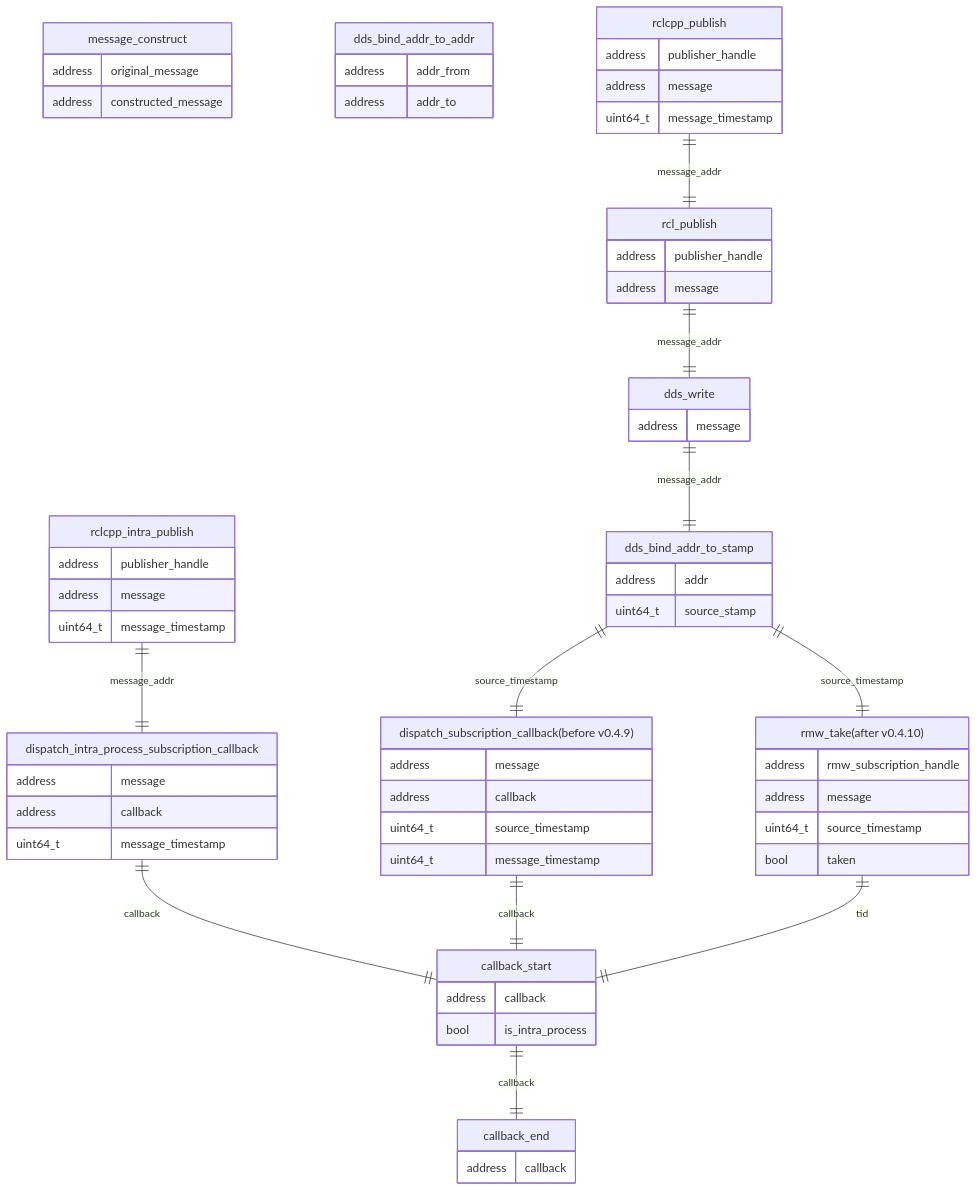
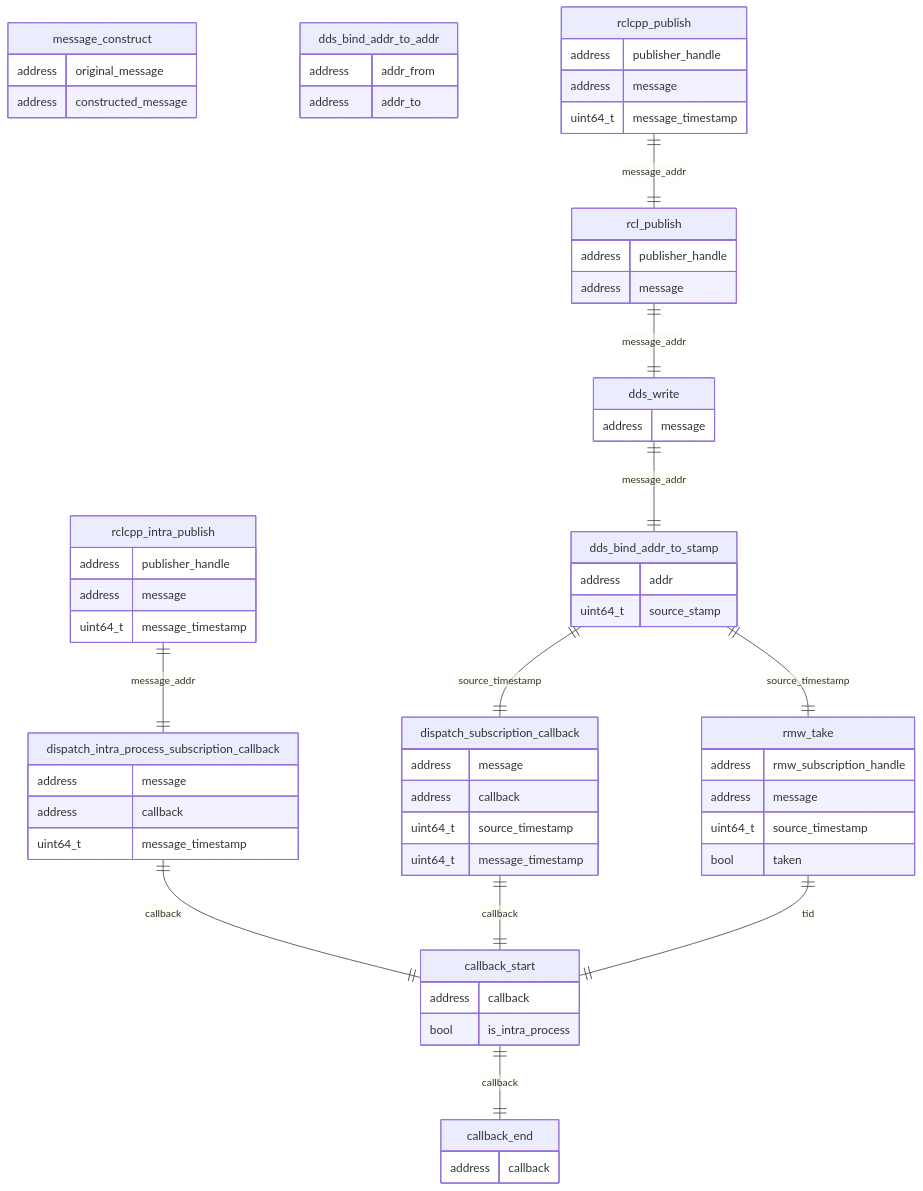
One commit to tier4/caret_doc changed the diagram in docs/design/trace_points/runtime_trace_points.md. Above: the diagram before and after it, drawn with Mermaid. The commit also changed other lines of this file, not shown here.

Commit message:
added version info

````diff
--- a/docs/design/trace_points/runtime_trace_points.md
+++ b/docs/design/trace_points/runtime_trace_points.md
@@ -3,83 +3,83 @@
 ```mermaid
 erDiagram
 
  callback_start{
  address callback
  bool is_intra_process
  }
 
  callback_end{
  address callback
  }
 
  message_construct{
  address original_message
  address constructed_message
  }
 
  dds_bind_addr_to_addr{
  address addr_from
  address addr_to
  }
 
  rclcpp_intra_publish{
  address publisher_handle
  address message
  uint64_t message_timestamp
  }
 
- "rmw_take(after v0.4.10)"{
+ rmw_take{
  address rmw_subscription_handle
  address message
  uint64_t source_timestamp
  bool taken
  }
 
- "dispatch_subscription_callback(before v0.4.9)"{
+ dispatch_subscription_callback{
  address message
  address callback
  uint64_t source_timestamp
  uint64_t message_timestamp
  }
 
  dispatch_intra_process_subscription_callback{
  address message
  address callback
  uint64_t message_timestamp
  }
 
  rcl_publish{
  address publisher_handle
  address message
  }
 
  rclcpp_publish{
  address publisher_handle
  address message
  uint64_t message_timestamp
  }
 
  dds_write{
  address message
  }
 
  dds_bind_addr_to_stamp{
  address addr
  uint64_t source_stamp
  }
 
     rclcpp_intra_publish ||--|| dispatch_intra_process_subscription_callback: message_addr
     rclcpp_publish ||--|| rcl_publish: message_addr
     rcl_publish ||--|| dds_write: message_addr
     dds_write ||--|| dds_bind_addr_to_stamp: message_addr
 
-    dds_bind_addr_to_stamp ||--|| "dispatch_subscription_callback(before v0.4.9)": source_timestamp
+    dds_bind_addr_to_stamp ||--|| dispatch_subscription_callback: source_timestamp
 
-    dds_bind_addr_to_stamp ||--|| "rmw_take(after v0.4.10)": source_timestamp
-    "rmw_take(after v0.4.10)" ||--|| callback_start: tid
+    dds_bind_addr_to_stamp ||--|| rmw_take: source_timestamp
+    rmw_take ||--|| callback_start: tid
     dispatch_intra_process_subscription_callback ||--|| callback_start: callback
-    "dispatch_subscription_callback(before v0.4.9)" ||--|| callback_start: callback
+    dispatch_subscription_callback ||--|| callback_start: callback
 
     callback_start ||--|| callback_end: callback
 
 ```
````
